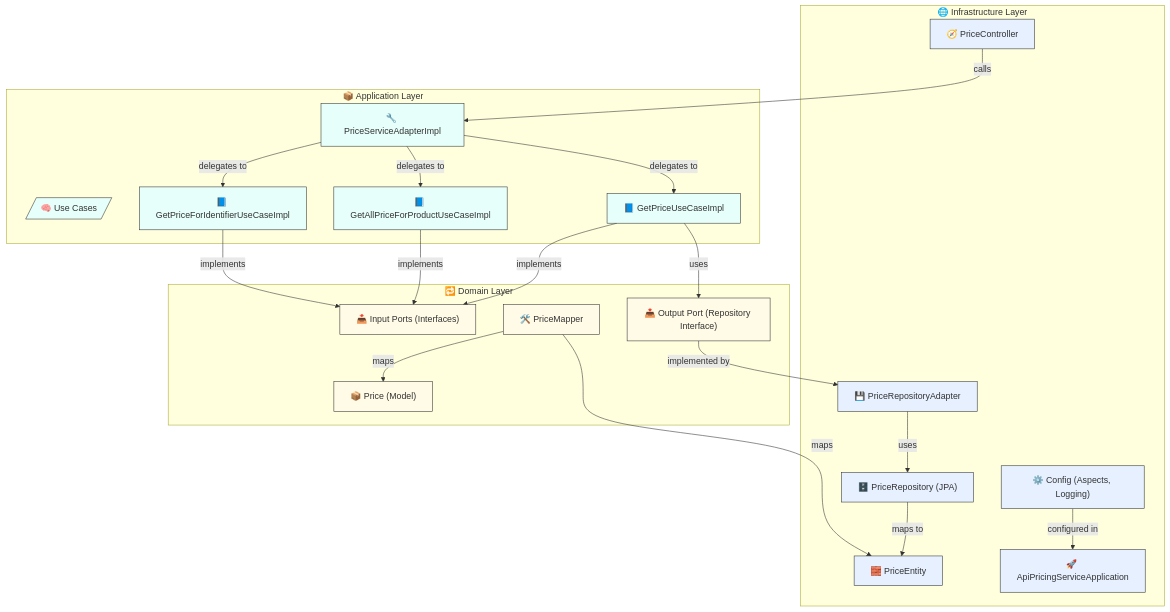
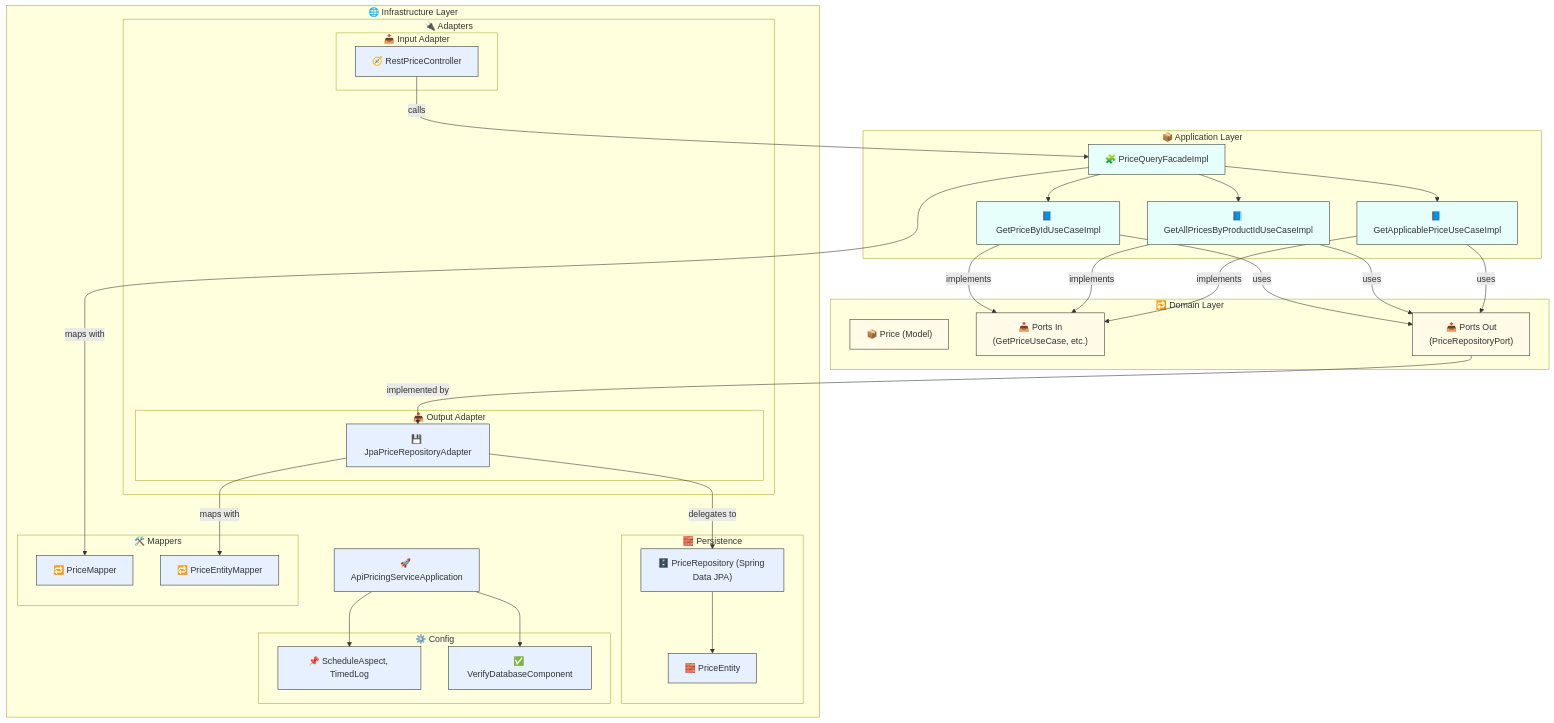
One commit to jalvarova/api-pricing-service changed the first of 3 diagrams in README.md. Above: the diagram before and after it, drawn with Mermaid. The commit also changed other lines of this file and 3 other files, not shown here.

````diff
--- a/README.md
+++ b/README.md
@@ -273,51 +274,77 @@
 ```mermaid
 %%{init: {"theme":"default"}}%%
 flowchart TD
   subgraph "🔁 Domain Layer"
     Price["📦 Price (Model)"]
-    PortsIn["📥 Input Ports (Interfaces)"]
-    PortsOut["📤 Output Port (Repository Interface)"]
-    Mappers["🛠️ PriceMapper"]
+    PortsIn["📥 Ports In\n(GetPriceUseCase, etc.)"]
+    PortsOut["📤 Ports Out\n(PriceRepositoryPort)"]
   end
 
   subgraph "📦 Application Layer"
-    PriceService["🔧 PriceServiceAdapterImpl"]
-    UseCases[/"🧠 Use Cases"/]
-    GetPrice["📘 GetPriceUseCaseImpl"]
-    GetAllPrice["📘 GetAllPriceForProductUseCaseImpl"]
-    GetPriceForId["📘 GetPriceForIdentifierUseCaseImpl"]
+    Facade["🧩 PriceQueryFacadeImpl"]
+    GetPrice["📘 GetPriceByIdUseCaseImpl"]
+    GetAllPrices["📘 GetAllPricesByProductIdUseCaseImpl"]
+    GetApplicablePrice["📘 GetApplicablePriceUseCaseImpl"]
   end
 
   subgraph "🌐 Infrastructure Layer"
-    Controller["🧭 PriceController"]
-    Config["⚙️ Config (Aspects, Logging)"]
-    DBRepo["💾 PriceRepositoryAdapter"]
-    DBEntity["🧱 PriceEntity"]
-    JPARepo["🗄️ PriceRepository (JPA)"]
+    subgraph "🔌 Adapters"
+      subgraph "📥 Input Adapter"
+        Controller["🧭 RestPriceController"]
+      end
+      subgraph "📤 Output Adapter"
+        JpaAdapter["💾 JpaPriceRepositoryAdapter"]
+      end
+    end
+
+    subgraph "🧱 Persistence"
+      JPARepo["🗄️ PriceRepository (Spring Data JPA)"]
+      DBEntity["🧱 PriceEntity"]
+    end
+
+    subgraph "🛠️ Mappers"
+      DomainMapper["🔁 PriceMapper"]
+      EntityMapper["🔁 PriceEntityMapper"]
+    end
+
+    subgraph "⚙️ Config"
+      Aspects["📌 ScheduleAspect, TimedLog"]
+      Verifier["✅ VerifyDatabaseComponent"]
+    end
+
     AppMain["🚀 ApiPricingServiceApplication"]
   end
 
   %% Relationships
-  Controller -->|calls| PriceService
-  PriceService -->|delegates to| GetPrice
-  PriceService -->|delegates to| GetAllPrice
-  PriceService -->|delegates to| GetPriceForId
+  Controller -->|calls| Facade
+  Facade --> GetPrice
+  Facade --> GetAllPrices
+  Facade --> GetApplicablePrice
+
   GetPrice -->|implements| PortsIn
-  GetAllPrice -->|implements| PortsIn
-  GetPriceForId -->|implements| PortsIn
+  GetAllPrices -->|implements| PortsIn
+  GetApplicablePrice -->|implements| PortsIn
+
   GetPrice -->|uses| PortsOut
-  PortsOut -->|implemented by| DBRepo
-  DBRepo -->|uses| JPARepo
-  JPARepo -->|maps to| DBEntity
-  Mappers -->|maps| DBEntity & Price
-  Config -->|configured in| AppMain
+  GetAllPrices -->|uses| PortsOut
+  GetApplicablePrice -->|uses| PortsOut
+
+  PortsOut -->|implemented by| JpaAdapter
+  JpaAdapter -->|delegates to| JPARepo
+  JPARepo --> DBEntity
+
+  JpaAdapter -->|maps with| EntityMapper
+  Facade -->|maps with| DomainMapper
+
+  AppMain --> Aspects
+  AppMain --> Verifier
 
   %% Styling
   classDef domain fill:#FFFBE6,stroke:#333,stroke-width:1px;
   classDef app fill:#E6FFFA,stroke:#333,stroke-width:1px;
   classDef infra fill:#E6F0FF,stroke:#333,stroke-width:1px;
 
-  class Price,PortsIn,PortsOut,Mappers domain;
-  class PriceService,GetPrice,GetAllPrice,GetPriceForId,UseCases app;
-  class Controller,Config,DBRepo,DBEntity,JPARepo,AppMain infra;
+  class Price,PortsIn,PortsOut domain;
+  class Facade,GetPrice,GetAllPrices,GetApplicablePrice app;
+  class Controller,JpaAdapter,JPARepo,DBEntity,DomainMapper,EntityMapper,Aspects,Verifier,AppMain infra;
 ```
````
